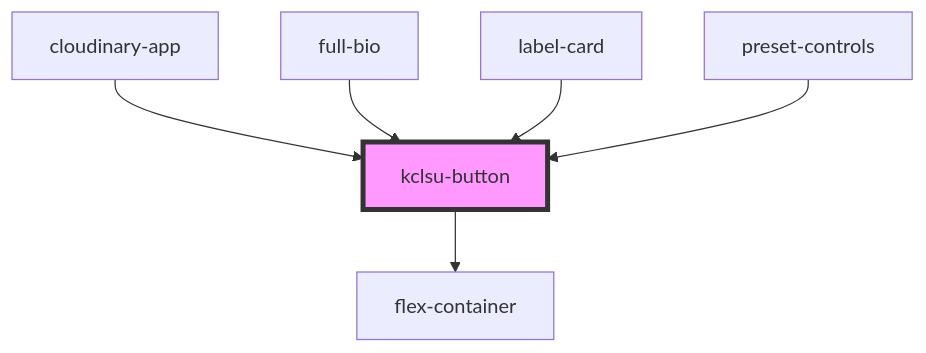
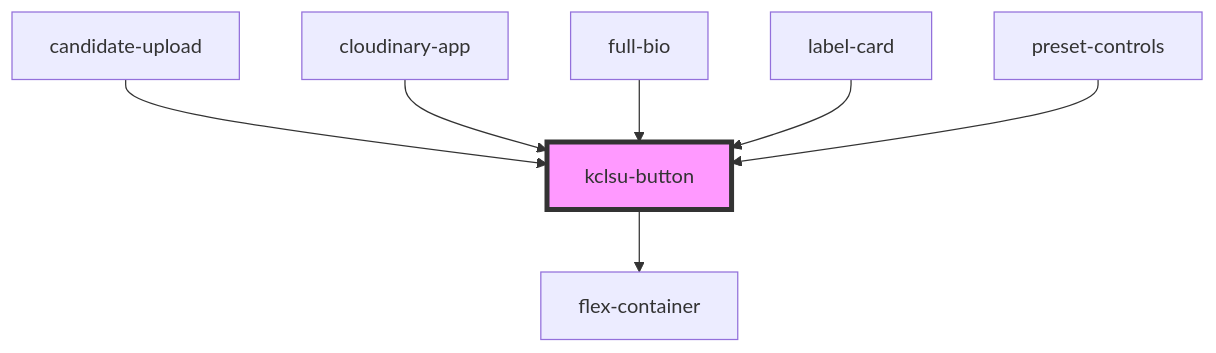
The diagram in src/components/buttons/kclsu-button/readme.md (dev-kylo/component_library), drawn with Mermaid before and after one commit. The commit also changed other lines of this file and 12 other files, not shown here.

````diff
--- a/src/components/buttons/kclsu-button/readme.md
+++ b/src/components/buttons/kclsu-button/readme.md
@@ -47,9 +48,10 @@
 ```mermaid
 graph TD;
   kclsu-button --> flex-container
+  candidate-upload --> kclsu-button
   cloudinary-app --> kclsu-button
   full-bio --> kclsu-button
   label-card --> kclsu-button
   preset-controls --> kclsu-button
   style kclsu-button fill:#f9f,stroke:#333,stroke-width:4px
 ```
````
